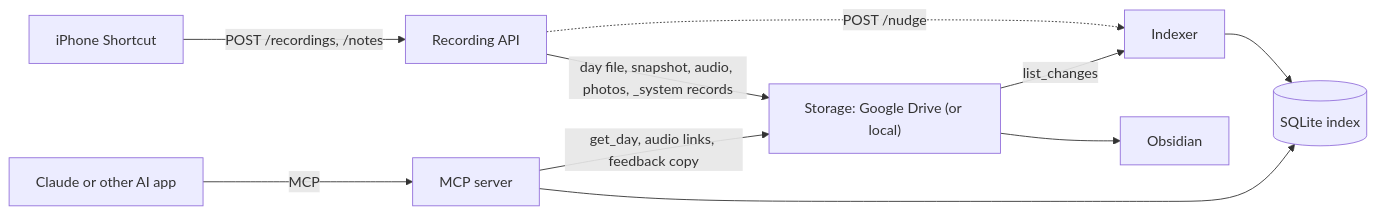
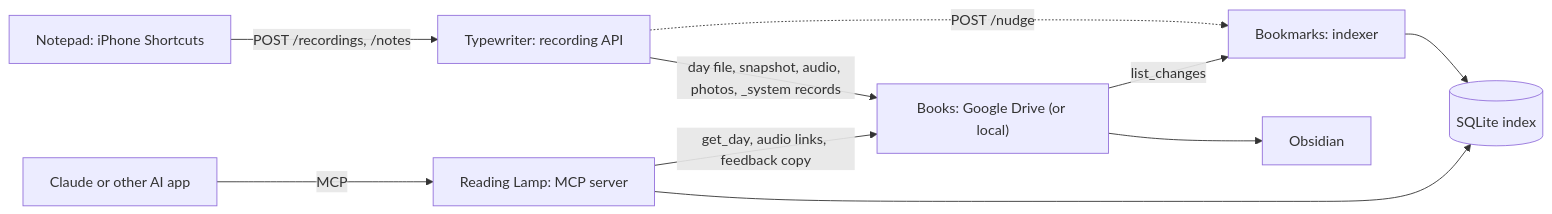
The diagram in docs/architecture.md (cbonthala/lumitrace), drawn with Mermaid before and after one commit. The commit also changed other lines of this file and 180 other files, not shown here.

First line of the commit message:
Rename project to Bookshelf: Notepad, Typewriter, Books, Bookmarks, Reading Lamp

````diff
--- a/docs/architecture.md
+++ b/docs/architecture.md
@@ -3,12 +7,12 @@
 ```mermaid
 flowchart LR
-    Phone["iPhone Shortcut"] -->|"POST /recordings, /notes"| RecAPI["Recording API"]
-    RecAPI -->|"day file, snapshot, audio, photos, _system records"| Storage["Storage: Google Drive (or local)"]
-    RecAPI -.->|"POST /nudge"| Indexer["Indexer"]
-    Storage --> Obsidian["Obsidian"]
-    Storage -->|"list_changes"| Indexer
-    Indexer --> Index[("SQLite index")]
-    AIApp["Claude or other AI app"] -->|MCP| MCP["MCP server"]
-    MCP --> Index
-    MCP -->|"get_day, audio links, feedback copy"| Storage
+    Phone["Notepad: iPhone Shortcuts"] -->|"POST /recordings, /notes"| Typewriter["Typewriter: recording API"]
+    Typewriter -->|"day file, snapshot, audio, photos, _system records"| Books["Books: Google Drive (or local)"]
+    Typewriter -.->|"POST /nudge"| Bookmarks["Bookmarks: indexer"]
+    Books --> Obsidian["Obsidian"]
+    Books -->|"list_changes"| Bookmarks
+    Bookmarks --> Index[("SQLite index")]
+    AIApp["Claude or other AI app"] -->|MCP| Lamp["Reading Lamp: MCP server"]
+    Lamp --> Index
+    Lamp -->|"get_day, audio links, feedback copy"| Books
 ```
````
